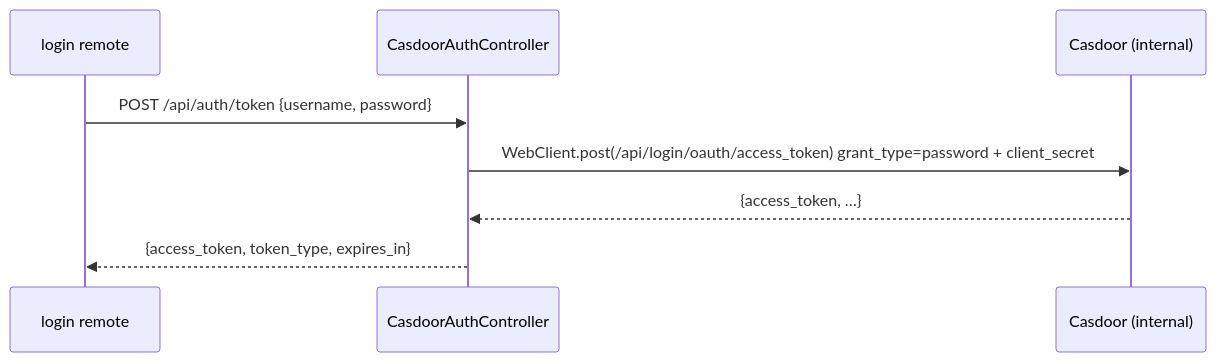
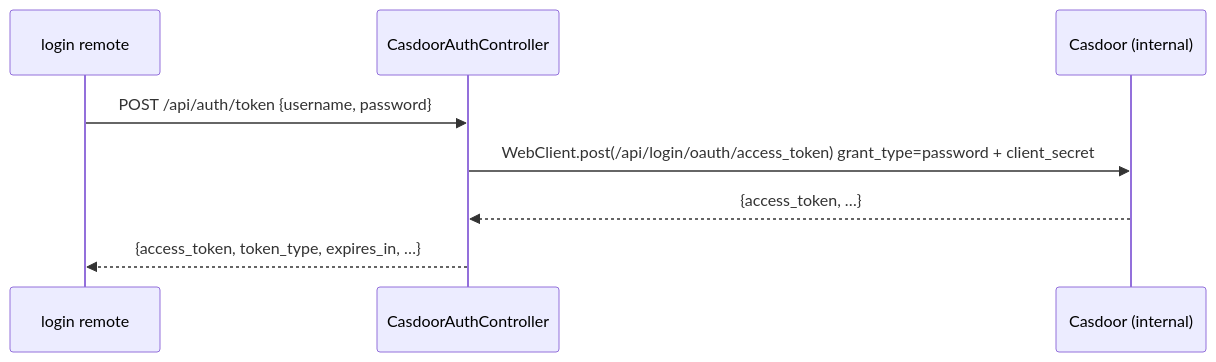
One commit to hugmesh/hugmesh.github.io changed the second of 5 diagrams in content/games/api-reference.md. Above: the diagram before and after it, drawn with Mermaid. The commit also changed other lines of this file and 194 other files, not shown here.

````diff
--- a/content/games/api-reference.md
+++ b/content/games/api-reference.md
@@ -40,10 +40,10 @@
 ```mermaid
 sequenceDiagram
     participant FE as login remote
     participant API as CasdoorAuthController
     participant CAS as Casdoor (internal)
     FE->>API: POST /api/auth/token {username, password}
     API->>CAS: WebClient.post(/api/login/oauth/access_token) grant_type=password + client_secret
     CAS-->>API: {access_token, …}
-    API-->>FE: {access_token, token_type, expires_in}
+    API-->>FE: {access_token, token_type, expires_in, …}
 ```
````
